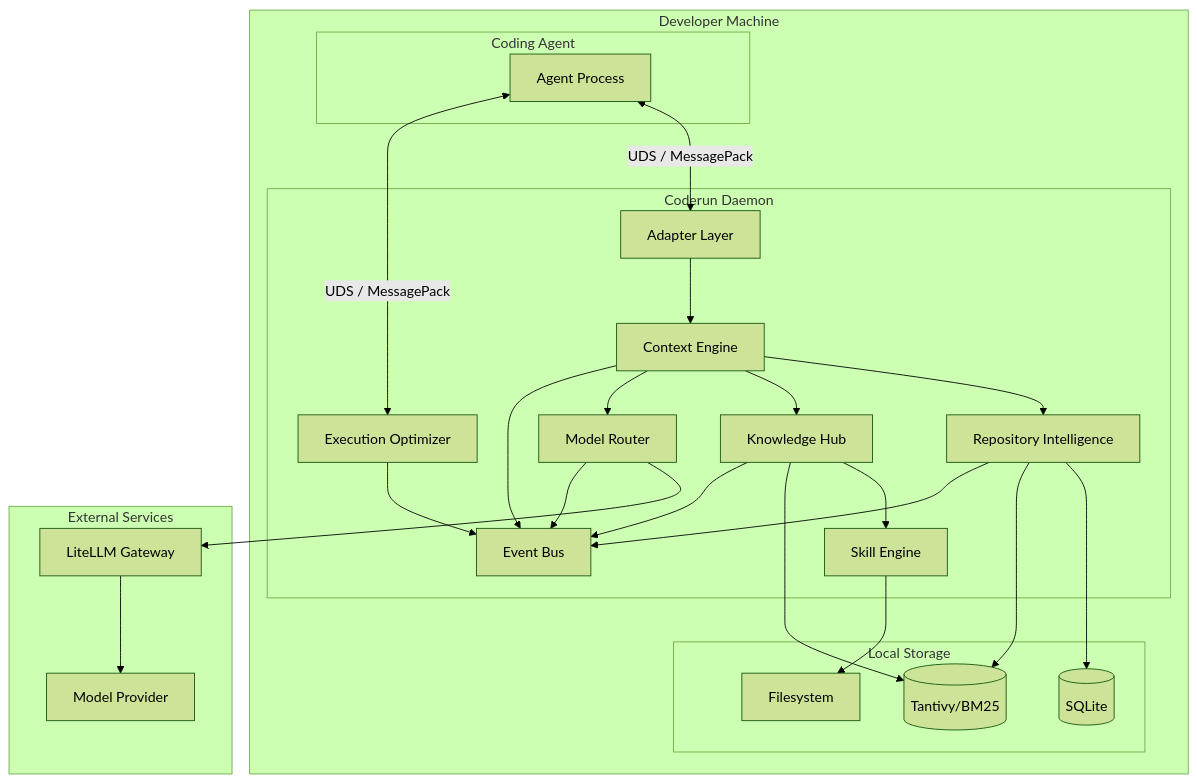
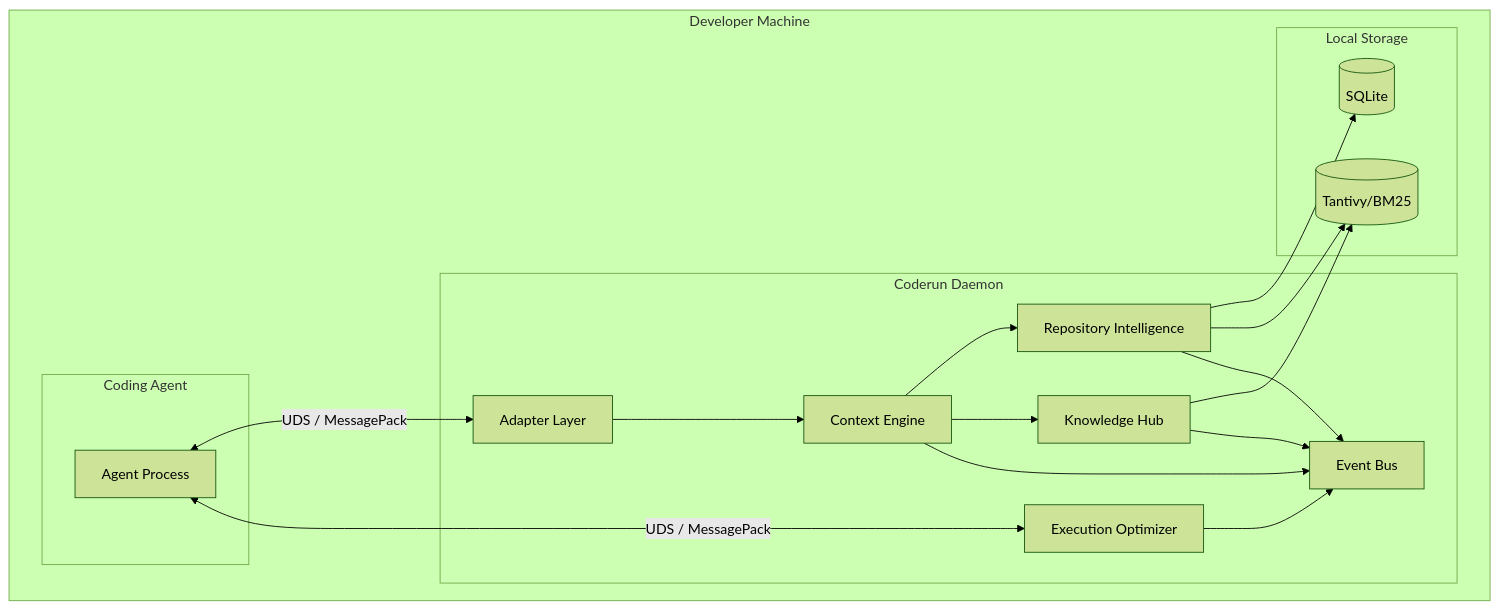
The diagram in docs/01-architecture/ARCHITECTURE.md (leonortega/coderun), drawn with Mermaid (forest theme) before and after one commit. The commit also changed other lines of this file and 260 other files, not shown here.

First line of the commit message:
feat: Add AI Runtime V1 Specification and update roadmap

````diff
--- a/docs/01-architecture/ARCHITECTURE.md
+++ b/docs/01-architecture/ARCHITECTURE.md
@@ -15,52 +21,38 @@
 ```mermaid
 graph TB
     subgraph Developer Machine
         subgraph Coding Agent
             CA[Agent Process]
         end
 
         subgraph Coderun Daemon
             AD[Adapter Layer]
             CE[Context Engine]
             RI[Repository Intelligence]
             KH[Knowledge Hub]
-            SE[Skill Engine]
-            MR[Model Router]
             EO[Execution Optimizer]
             EB[Event Bus]
         end
 
         subgraph Local Storage
             DB[(SQLite)]
             TV[(Tantivy/BM25)]
-            FS[Filesystem]
         end
-    end
-
-    subgraph External Services
-        LL[LiteLLM Gateway]
-        MP[Model Provider]
     end
 
     CA <-->|UDS / MessagePack| AD
     AD --> CE
     CE --> RI
     CE --> KH
-    KH --> SE
-    CE --> MR
-    MR --> LL
-    LL --> MP
 
     CA <-->|UDS / MessagePack| EO
 
     RI --> DB
     RI --> TV
     KH --> TV
-    SE --> FS
 
     CE --> EB
-    MR --> EB
     RI --> EB
     KH --> EB
     EO --> EB
 ```
````
